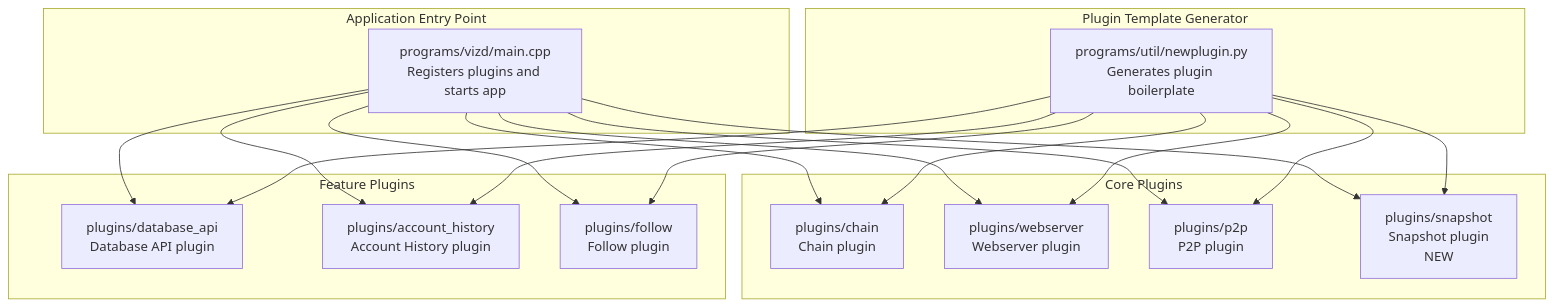
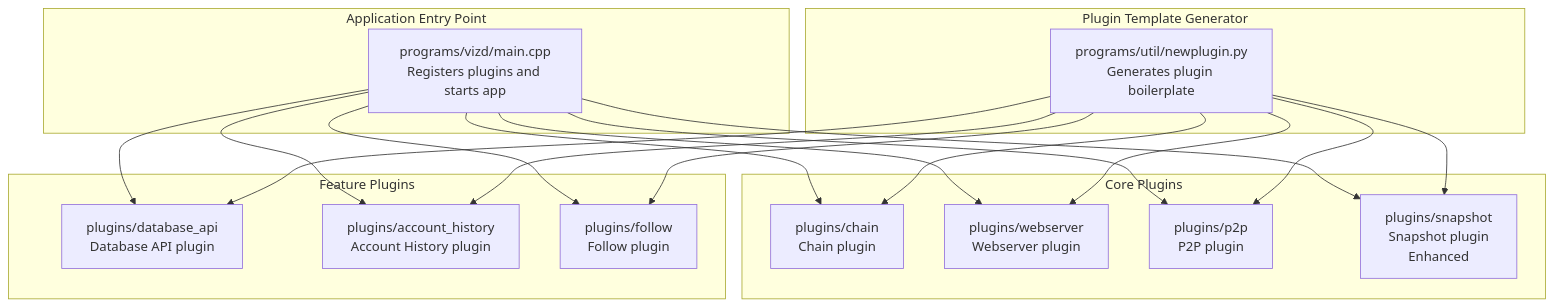
The first of 17 diagrams in .qoder/repowiki/en/content/Architecture Overview/Plugin Architecture/Plugin Architecture.md (VIZ-Blockchain/viz-cpp-node), drawn with Mermaid before and after one commit. The commit also changed other lines of this file and 4 other files, not shown here.

````diff
--- a/.qoder/repowiki/en/content/Architecture Overview/Plugin Architecture/Plugin Architecture.md
+++ b/.qoder/repowiki/en/content/Architecture Overview/Plugin Architecture/Plugin Architecture.md
@@ -58,34 +60,34 @@
 ```mermaid
 graph TB
 subgraph "Application Entry Point"
 A["programs/vizd/main.cpp<br/>Registers plugins and starts app"]
 end
 subgraph "Core Plugins"
 P1["plugins/chain<br/>Chain plugin"]
 P2["plugins/webserver<br/>Webserver plugin"]
 P3["plugins/p2p<br/>P2P plugin"]
-P4["plugins/snapshot<br/>Snapshot plugin<br/>NEW"]
+P4["plugins/snapshot<br/>Snapshot plugin<br/>Enhanced"]
 end
 subgraph "Feature Plugins"
 P5["plugins/database_api<br/>Database API plugin"]
 P6["plugins/account_history<br/>Account History plugin"]
 P7["plugins/follow<br/>Follow plugin"]
 end
 subgraph "Plugin Template Generator"
 T["programs/util/newplugin.py<br/>Generates plugin boilerplate"]
 end
 A --> P1
 A --> P2
 A --> P3
 A --> P4
 A --> P5
 A --> P6
 A --> P7
 T --> P1
 T --> P2
 T --> P3
 T --> P4
 T --> P5
 T --> P6
 T --> P7
 ```
````
